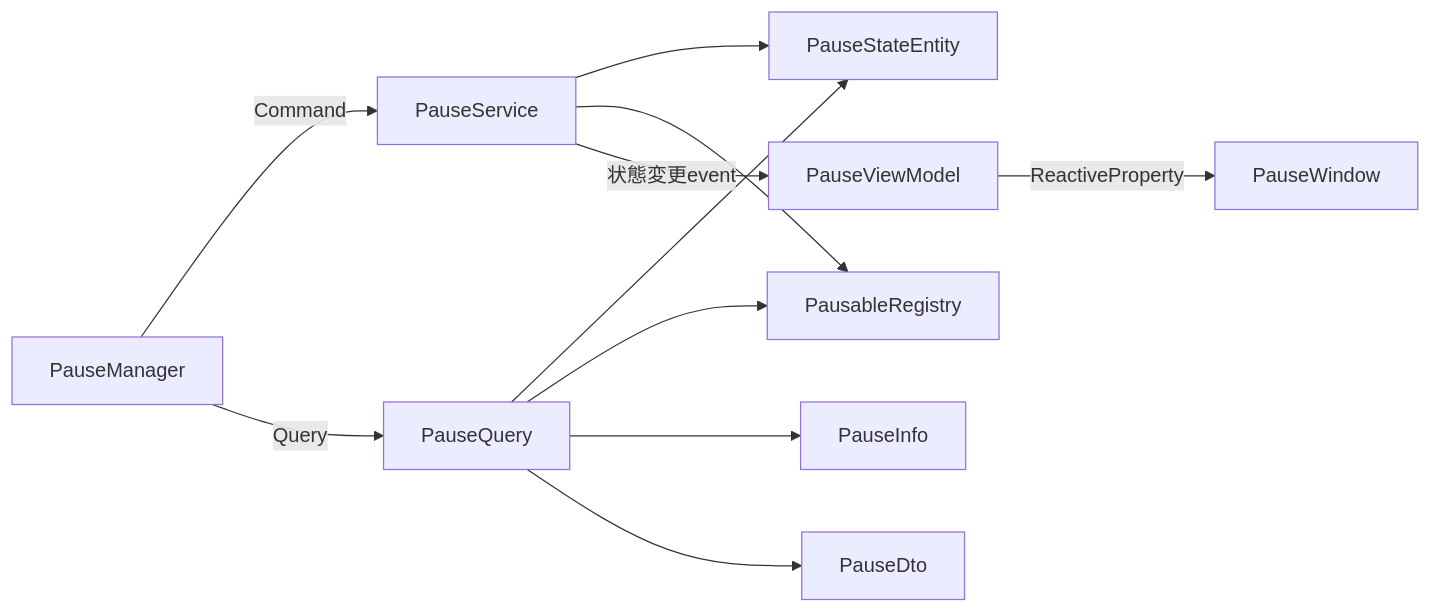
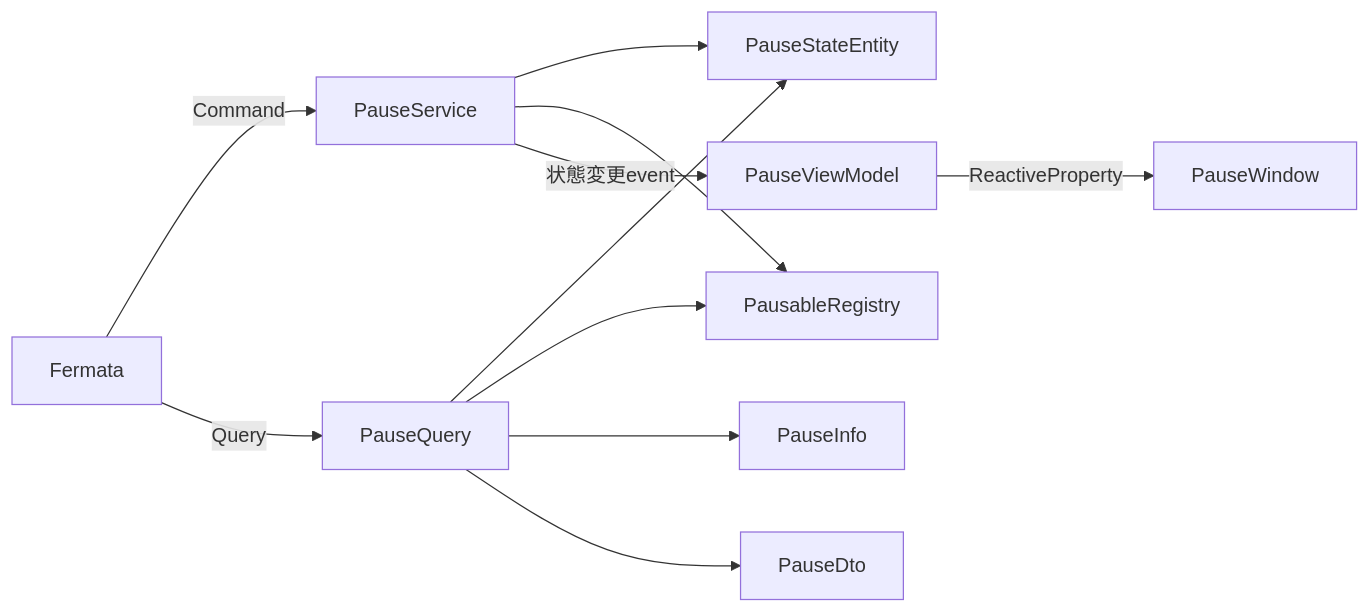
One commit to HIBIKI5201/SymphonyWorkspace changed the ninth of 9 diagrams in Documentation/ModuleInternals.md. Above: the diagram before and after it, drawn with Mermaid. The commit also changed other lines of this file and 5 other files, not shown here.

````diff
--- a/Documentation/ModuleInternals.md
+++ b/Documentation/ModuleInternals.md
@@ -288,13 +289,13 @@
 ```mermaid
 flowchart LR
-    Facade["PauseManager"] -->|Command| Service["PauseService"]
+    Facade["Fermata"] -->|Command| Service["PauseService"]
     Service --> State["PauseStateEntity"]
     Service --> Registry["PausableRegistry"]
     Facade -->|Query| Query["PauseQuery"]
     Query --> State
     Query --> Registry
     Query --> Info["PauseInfo"]
     Query --> Dto["PauseDto"]
     Service -->|状態変更event| ViewModel["PauseViewModel"]
     ViewModel -->|ReactiveProperty| Window["PauseWindow"]
 ```
````
